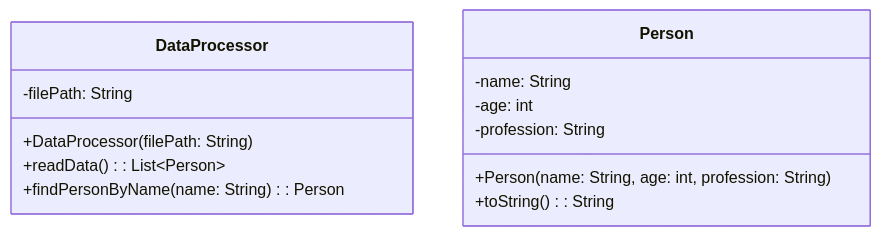
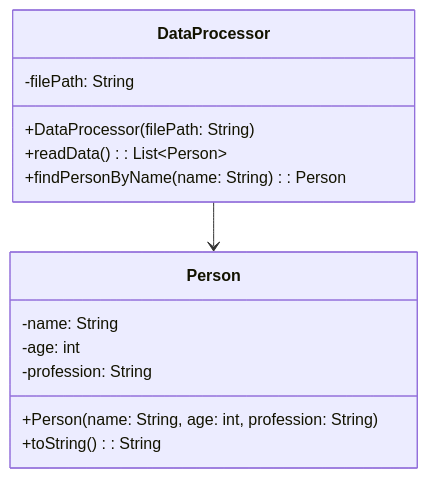
The second of 4 diagrams in scr/exercises/Programmieren1/SampleExam/ReadMe.md (wielandjan/java_helloWorld_1), drawn with Mermaid before and after one commit. The commit also changed other lines of this file, not shown here.

````diff
--- a/scr/exercises/Programmieren1/SampleExam/ReadMe.md
+++ b/scr/exercises/Programmieren1/SampleExam/ReadMe.md
@@ -51,17 +51,19 @@
 ```mermaid
 classDiagram
     class DataProcessor {
         -filePath: String
         +DataProcessor(filePath: String)
         +readData(): List~Person~
         +findPersonByName(name: String): Person
     }
 
     class Person {
         -name: String
         -age: int
         -profession: String
         +Person(name: String, age: int, profession: String)
         +toString(): String
     }
+
+    DataProcessor --> Person
 ```
````
